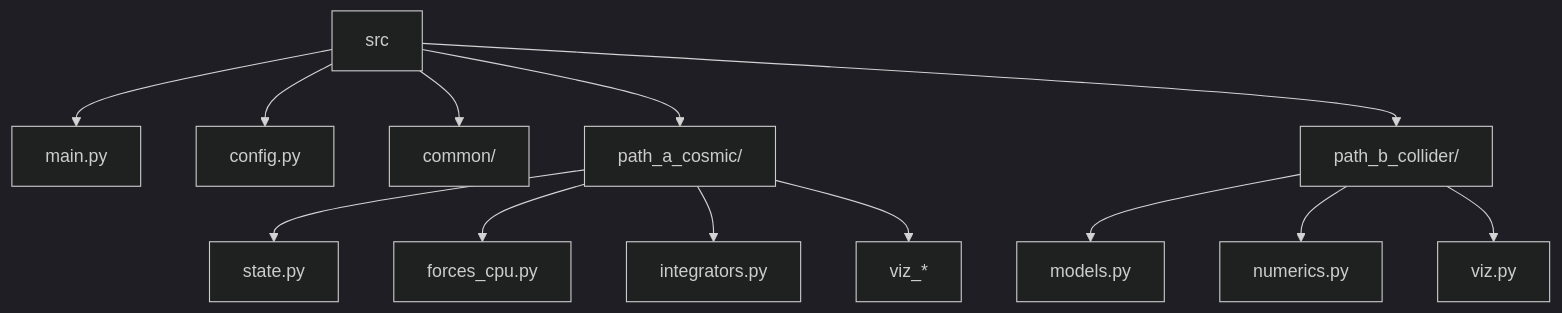
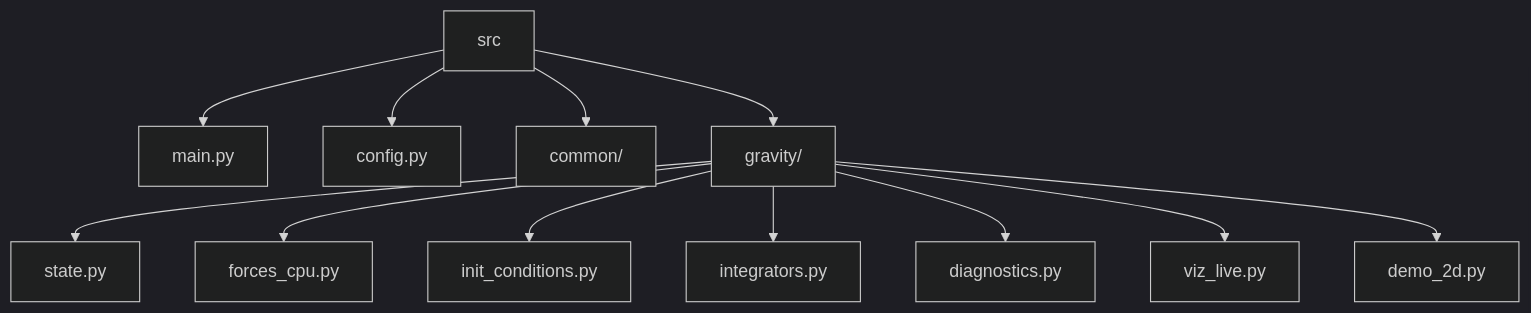
Before and after one commit to Lawrence908/astr311-gravity: the diagram in docs/ARCHITECTURE.md, drawn with Mermaid (dark theme). The commit also changed other lines of this file and 11 other files, not shown here.

````diff
--- a/docs/ARCHITECTURE.md
+++ b/docs/ARCHITECTURE.md
@@ -11,24 +12,21 @@
 ```mermaid
 flowchart TD
   src[src]
   mainFile[main.py]
   cfg[config.py]
   common[common/]
-  pathA[path_a_cosmic/]
-  pathB[path_b_collider/]
+  gravityMod[gravity/]
 
   src --> mainFile
   src --> cfg
   src --> common
-  src --> pathA
-  src --> pathB
+  src --> gravityMod
 
-  pathA --> stateA[state.py]
-  pathA --> forcesA[forces_cpu.py]
-  pathA --> integA[integrators.py]
-  pathA --> vizA[viz_*]
-
-  pathB --> modelsB[models.py]
-  pathB --> numericsB[numerics.py]
-  pathB --> vizB[viz.py]
+  gravityMod --> stateMod[state.py]
+  gravityMod --> forcesMod[forces_cpu.py]
+  gravityMod --> initMod[init_conditions.py]
+  gravityMod --> integMod[integrators.py]
+  gravityMod --> diagMod[diagnostics.py]
+  gravityMod --> vizMod[viz_live.py]
+  gravityMod --> demoMod[demo_2d.py]
 ```
````
